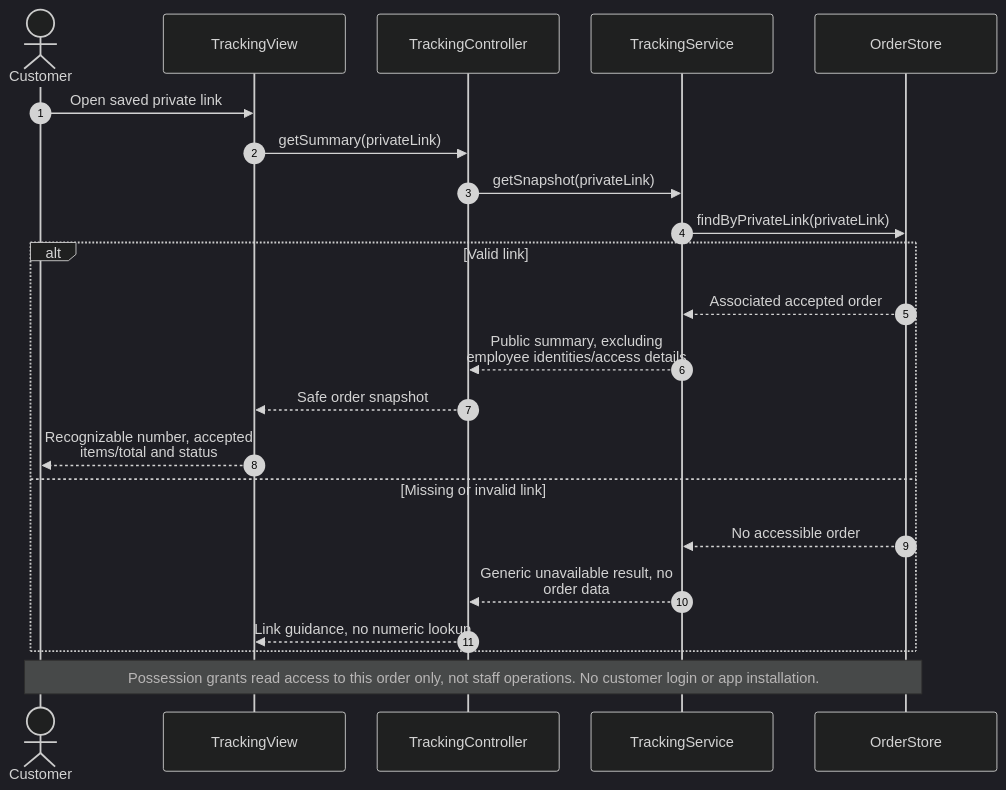
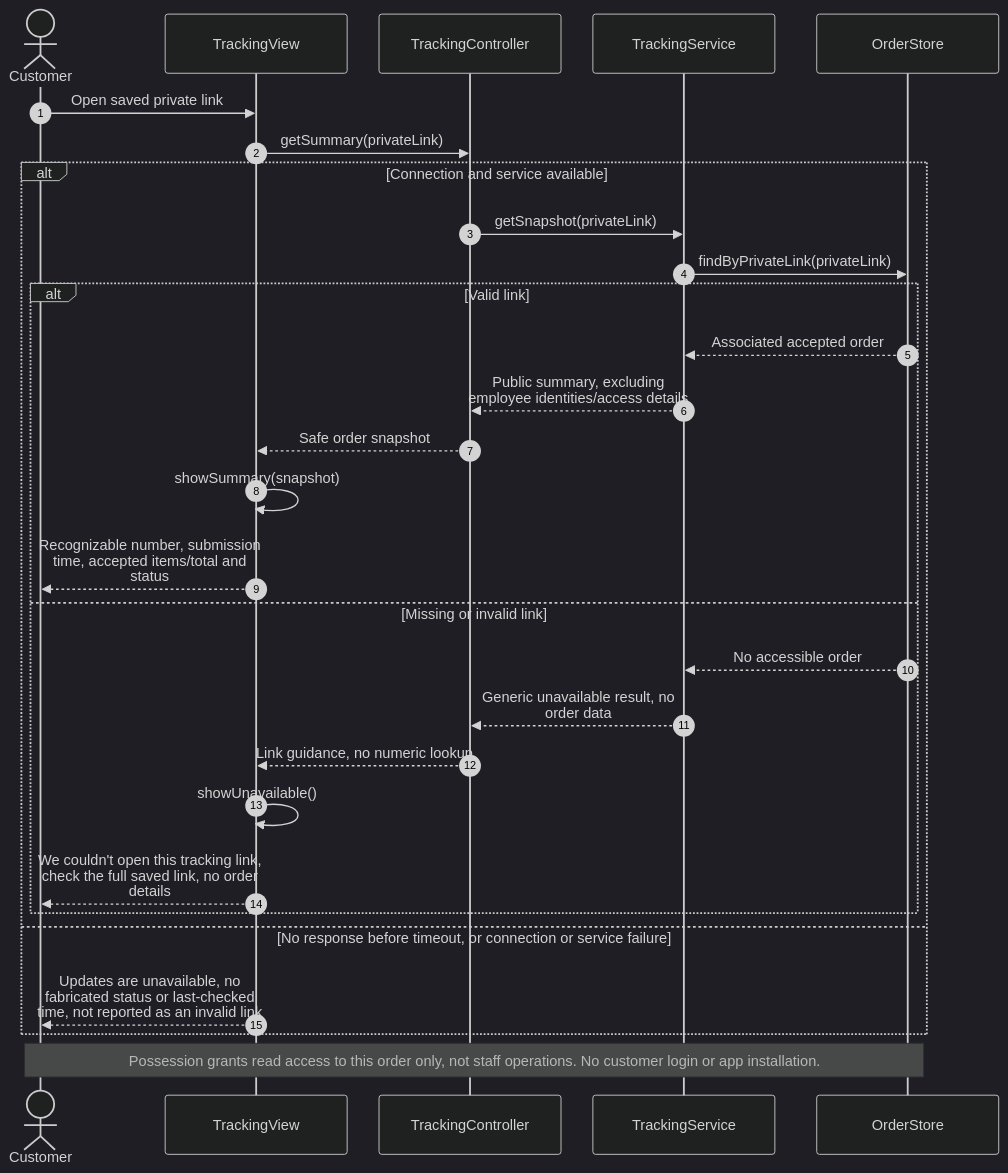
Diagram 14 of 17 in design/diagram-gallery.md (axantillon/mesa-tica), drawn with Mermaid (dark theme) before and after one commit. The commit also changed other lines of this file and 19 other files, not shown here.

````diff
--- a/design/diagram-gallery.md
+++ b/design/diagram-gallery.md
@@ -558,25 +686,32 @@
 ```mermaid
 %%{init: {"sequence": {"wrap": true, "width": 200, "actorMargin": 35}}}%%
 sequenceDiagram
     autonumber
     actor Customer
     participant UI as TrackingView
     participant C as TrackingController
     participant S as TrackingService
     participant O as OrderStore
     Customer->>UI: Open saved private link
     UI->>C: getSummary(privateLink)
+    alt Connection and service available
     C->>S: getSnapshot(privateLink)
     S->>O: findByPrivateLink(privateLink)
     alt Valid link
     O-->>S: Associated accepted order
     S-->>C: Public summary, excluding employee identities/access details
     C-->>UI: Safe order snapshot
-    UI-->>Customer: Recognizable number, accepted items/total and status
+    UI->>UI: showSummary(snapshot)
+    UI-->>Customer: Recognizable number, submission time, accepted items/total and status
     else Missing or invalid link
     O-->>S: No accessible order
     S-->>C: Generic unavailable result, no order data
     C-->>UI: Link guidance, no numeric lookup
+    UI->>UI: showUnavailable()
+    UI-->>Customer: We couldn't open this tracking link, check the full saved link, no order details
+    end
+    else No response before timeout, or connection or service failure
+    UI-->>Customer: Updates are unavailable, no fabricated status or last-checked time, not reported as an invalid link
     end
     Note over Customer,O: Possession grants read access to this order only, not staff operations. No customer login or app installation.
 ```
````
